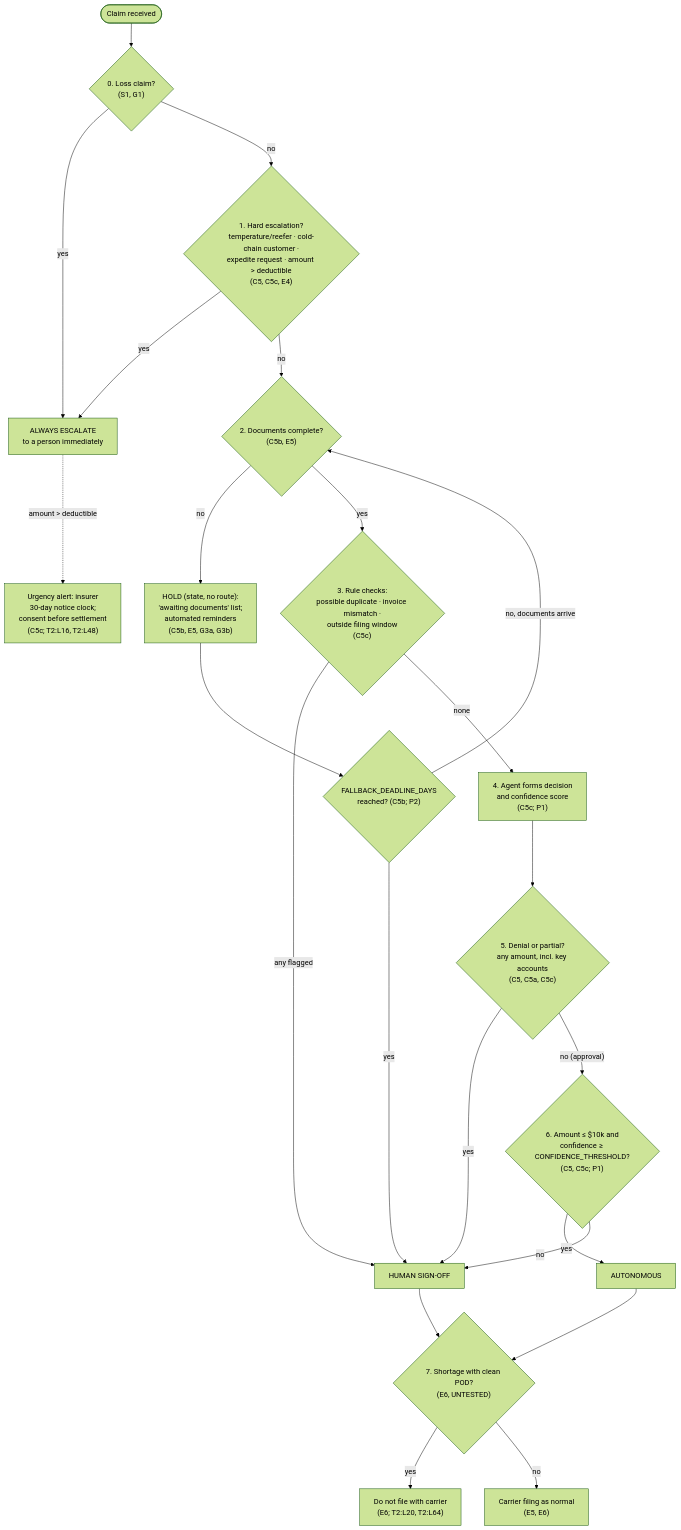
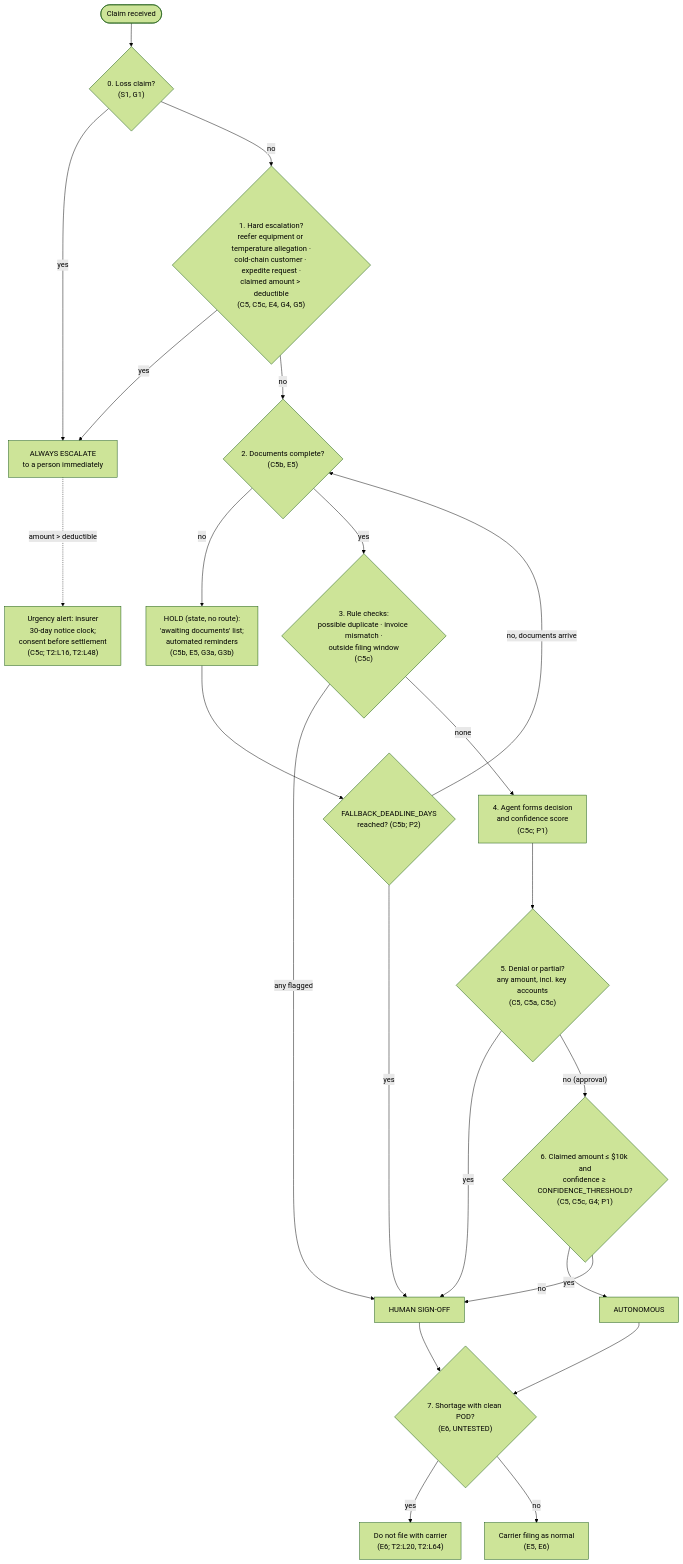
Before and after one commit to ahmadmadar/process-to-agent: the diagram in engagement/02-redesign/decision-tree.md, drawn with Mermaid (forest theme). The commit also changed other lines of this file and 9 other files, not shown here.

First line of the commit message:
docs: rule on threshold basis (G4) and reefer trigger (G5)

````diff
--- a/engagement/02-redesign/decision-tree.md
+++ b/engagement/02-redesign/decision-tree.md
@@ -18,25 +19,25 @@
 ```mermaid
 flowchart TD
     IN(["Claim received"]) --> S0{"0. Loss claim?<br/>(S1, G1)"}
     S0 -- yes --> ESC
-    S0 -- no --> S1{"1. Hard escalation?<br/>temperature/reefer · cold-chain customer ·<br/>expedite request · amount > deductible<br/>(C5, C5c, E4)"}
+    S0 -- no --> S1{"1. Hard escalation?<br/>reefer equipment or temperature allegation ·<br/>cold-chain customer · expedite request ·<br/>claimed amount > deductible<br/>(C5, C5c, E4, G4, G5)"}
     S1 -- yes --> ESC["ALWAYS ESCALATE<br/>to a person immediately"]
     ESC -. "amount > deductible" .-> ALERT["Urgency alert: insurer<br/>30-day notice clock;<br/>consent before settlement<br/>(C5c; T2:L16, T2:L48)"]
     S1 -- no --> S2{"2. Documents complete?<br/>(C5b, E5)"}
     S2 -- no --> HOLD["HOLD (state, no route):<br/>'awaiting documents' list;<br/>automated reminders<br/>(C5b, E5, G3a, G3b)"]
     HOLD --> S2D{"FALLBACK_DEADLINE_DAYS<br/>reached? (C5b; P2)"}
     S2D -- "no, documents arrive" --> S2
     S2D -- yes --> SIGN["HUMAN SIGN-OFF"]
     S2 -- yes --> S3{"3. Rule checks:<br/>possible duplicate · invoice mismatch ·<br/>outside filing window<br/>(C5c)"}
     S3 -- any flagged --> SIGN
     S3 -- none --> S4["4. Agent forms decision<br/>and confidence score<br/>(C5c; P1)"]
     S4 --> S5{"5. Denial or partial?<br/>any amount, incl. key accounts<br/>(C5, C5a, C5c)"}
     S5 -- yes --> SIGN
-    S5 -- "no (approval)" --> S6{"6. Amount ≤ $10k and<br/>confidence ≥ CONFIDENCE_THRESHOLD?<br/>(C5, C5c; P1)"}
+    S5 -- "no (approval)" --> S6{"6. Claimed amount ≤ $10k and<br/>confidence ≥ CONFIDENCE_THRESHOLD?<br/>(C5, C5c, G4; P1)"}
     S6 -- yes --> AUTO["AUTONOMOUS"]
     S6 -- no --> SIGN
     AUTO --> S7{"7. Shortage with clean POD?<br/>(E6, UNTESTED)"}
     SIGN --> S7
     S7 -- yes --> NOFILE["Do not file with carrier<br/>(E6; T2:L20, T2:L64)"]
     S7 -- no --> FILE["Carrier filing as normal<br/>(E5, E6)"]
 ```
````
